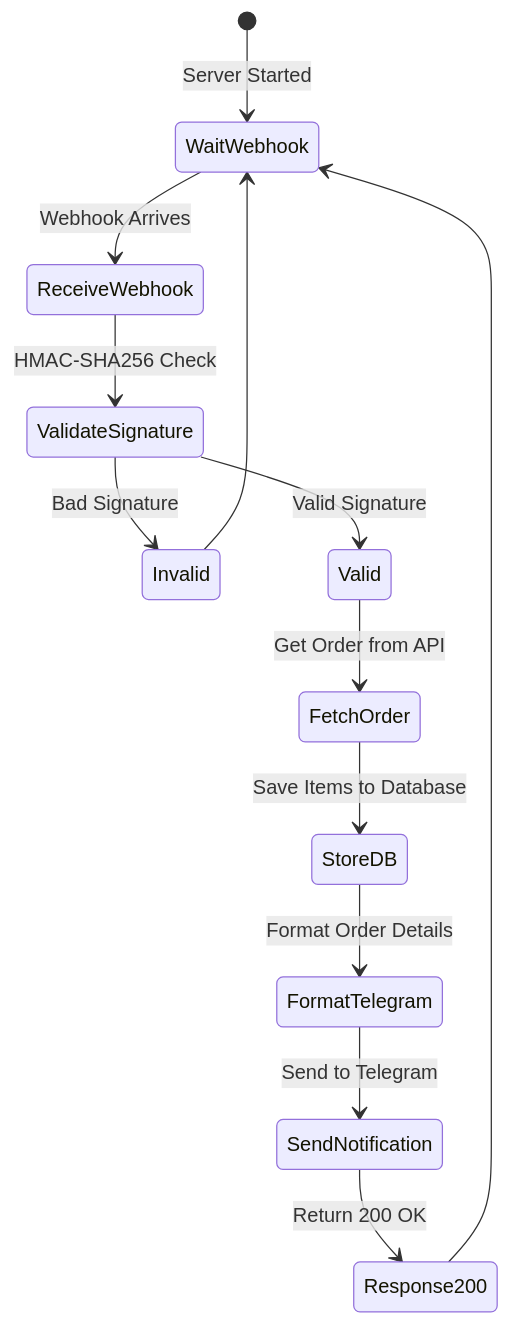
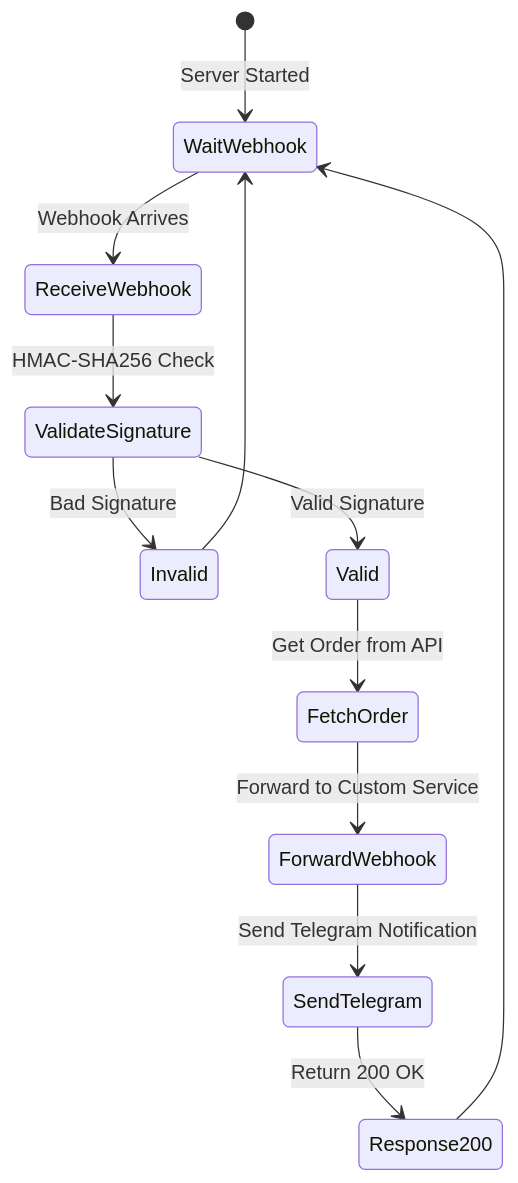
The third of 3 diagrams in README.md (xKeNcHii/shopee-webhook-receiver), drawn with Mermaid before and after one commit. The commit also changed other lines of this file, not shown here.

First line of the commit message:
Update README.md to reflect forwarder architecture

````diff
--- a/README.md
+++ b/README.md
@@ -409,18 +445,17 @@
 ```mermaid
 stateDiagram-v2
     [*] --> WaitWebhook: Server Started
 
     WaitWebhook --> ReceiveWebhook: Webhook Arrives
     ReceiveWebhook --> ValidateSignature: HMAC-SHA256 Check
 
     ValidateSignature --> Invalid: Bad Signature
     Invalid --> WaitWebhook
 
     ValidateSignature --> Valid: Valid Signature
     Valid --> FetchOrder: Get Order from API
-    FetchOrder --> StoreDB: Save Items to Database
-    StoreDB --> FormatTelegram: Format Order Details
-    FormatTelegram --> SendNotification: Send to Telegram
-    SendNotification --> Response200: Return 200 OK
+    FetchOrder --> ForwardWebhook: Forward to Custom Service
+    ForwardWebhook --> SendTelegram: Send Telegram Notification
+    SendTelegram --> Response200: Return 200 OK
     Response200 --> WaitWebhook
 ```
````
